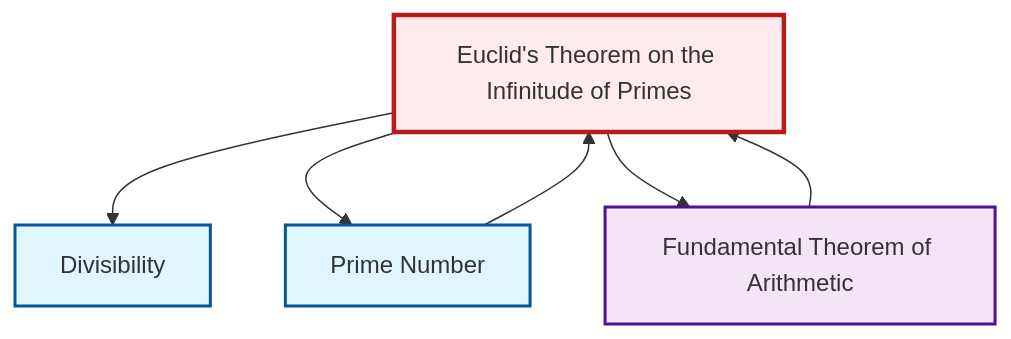
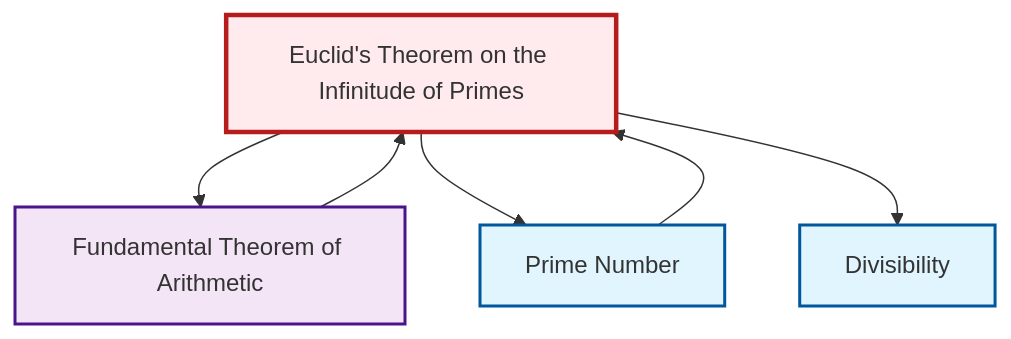
The diagram in output/mermaid/en/thm-euclid-infinitude-primes.mermaid (RK0429/ModernMath), drawn with Mermaid before and after one commit. The commit also changed other lines of this file and 1710 other files, not shown here.

```diff
--- a/output/mermaid/en/thm-euclid-infinitude-primes.mermaid
+++ b/output/mermaid/en/thm-euclid-infinitude-primes.mermaid
@@ -1,16 +1,16 @@
 graph TD
     classDef definition fill:#e1f5fe,stroke:#01579b,stroke-width:2px
     classDef theorem fill:#f3e5f5,stroke:#4a148c,stroke-width:2px
     classDef axiom fill:#fff3e0,stroke:#e65100,stroke-width:2px
     classDef example fill:#e8f5e9,stroke:#1b5e20,stroke-width:2px
     classDef current fill:#ffebee,stroke:#b71c1c,stroke-width:3px
-    def-divisibility["Divisibility"]:::definition
     thm-euclid-infinitude-primes["Euclid's Theorem on the Infinitude of Primes"]:::theorem
     thm-fundamental-arithmetic["Fundamental Theorem of Arithmetic"]:::theorem
     def-prime["Prime Number"]:::definition
+    def-divisibility["Divisibility"]:::definition
+    thm-fundamental-arithmetic --> thm-euclid-infinitude-primes
+    thm-euclid-infinitude-primes --> thm-fundamental-arithmetic
+    thm-euclid-infinitude-primes --> def-prime
+    def-prime --> thm-euclid-infinitude-primes
     thm-euclid-infinitude-primes --> def-divisibility
-    def-prime --> thm-euclid-infinitude-primes
-    thm-fundamental-arithmetic --> thm-euclid-infinitude-primes
-    thm-euclid-infinitude-primes --> def-prime
-    thm-euclid-infinitude-primes --> thm-fundamental-arithmetic
     class thm-euclid-infinitude-primes current
```
